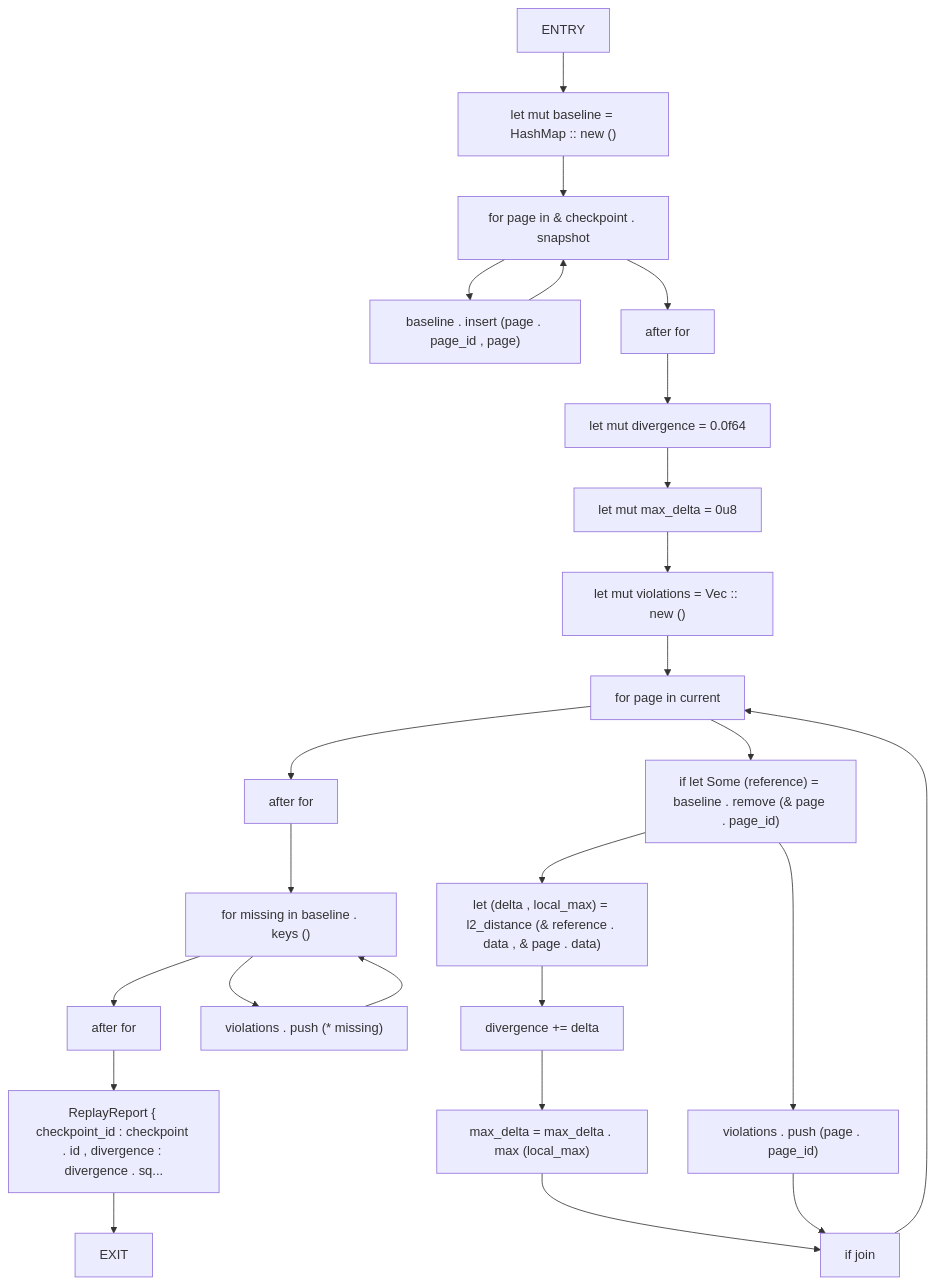
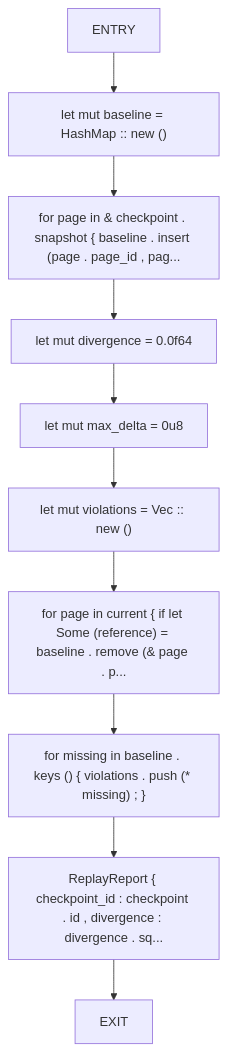
Before and after one commit to cicero-violate/MMSB: the seventh of 40 diagrams in docs/analysis/cfg/010-src-01_page.md, drawn with Mermaid. The commit also changed other lines of this file and 865 other files, not shown here.

````diff
--- a/docs/analysis/cfg/010-src-01_page.md
+++ b/docs/analysis/cfg/010-src-01_page.md
@@ -238,48 +186,22 @@
 ```mermaid
 flowchart TD
     compare_snapshots_0["ENTRY"]
     compare_snapshots_1["let mut baseline = HashMap :: new ()"]
-    compare_snapshots_2["for page in & checkpoint . snapshot"]
-    compare_snapshots_3["baseline . insert (page . page_id , page)"]
-    compare_snapshots_4["after for"]
-    compare_snapshots_5["let mut divergence = 0.0f64"]
-    compare_snapshots_6["let mut max_delta = 0u8"]
-    compare_snapshots_7["let mut violations = Vec :: new ()"]
-    compare_snapshots_8["for page in current"]
-    compare_snapshots_9["if let Some (reference) = baseline . remove (& page . page_id)"]
-    compare_snapshots_10["let (delta , local_max) = l2_distance (& reference . data , & page . data)"]
-    compare_snapshots_11["divergence += delta"]
-    compare_snapshots_12["max_delta = max_delta . max (local_max)"]
-    compare_snapshots_13["violations . push (page . page_id)"]
-    compare_snapshots_14["if join"]
-    compare_snapshots_15["after for"]
-    compare_snapshots_16["for missing in baseline . keys ()"]
-    compare_snapshots_17["violations . push (* missing)"]
-    compare_snapshots_18["after for"]
-    compare_snapshots_19["ReplayReport { checkpoint_id : checkpoint . id , divergence : divergence . sq..."]
-    compare_snapshots_20["EXIT"]
+    compare_snapshots_2["for page in & checkpoint . snapshot { baseline . insert (page . page_id , pag..."]
+    compare_snapshots_3["let mut divergence = 0.0f64"]
+    compare_snapshots_4["let mut max_delta = 0u8"]
+    compare_snapshots_5["let mut violations = Vec :: new ()"]
+    compare_snapshots_6["for page in current { if let Some (reference) = baseline . remove (& page . p..."]
+    compare_snapshots_7["for missing in baseline . keys () { violations . push (* missing) ; }"]
+    compare_snapshots_8["ReplayReport { checkpoint_id : checkpoint . id , divergence : divergence . sq..."]
+    compare_snapshots_9["EXIT"]
     compare_snapshots_0 --> compare_snapshots_1
     compare_snapshots_1 --> compare_snapshots_2
     compare_snapshots_2 --> compare_snapshots_3
-    compare_snapshots_3 --> compare_snapshots_2
-    compare_snapshots_2 --> compare_snapshots_4
+    compare_snapshots_3 --> compare_snapshots_4
     compare_snapshots_4 --> compare_snapshots_5
     compare_snapshots_5 --> compare_snapshots_6
     compare_snapshots_6 --> compare_snapshots_7
     compare_snapshots_7 --> compare_snapshots_8
     compare_snapshots_8 --> compare_snapshots_9
-    compare_snapshots_9 --> compare_snapshots_10
-    compare_snapshots_10 --> compare_snapshots_11
-    compare_snapshots_11 --> compare_snapshots_12
-    compare_snapshots_9 --> compare_snapshots_13
-    compare_snapshots_12 --> compare_snapshots_14
-    compare_snapshots_13 --> compare_snapshots_14
-    compare_snapshots_14 --> compare_snapshots_8
-    compare_snapshots_8 --> compare_snapshots_15
-    compare_snapshots_15 --> compare_snapshots_16
-    compare_snapshots_16 --> compare_snapshots_17
-    compare_snapshots_17 --> compare_snapshots_16
-    compare_snapshots_16 --> compare_snapshots_18
-    compare_snapshots_18 --> compare_snapshots_19
-    compare_snapshots_19 --> compare_snapshots_20
 ```
````
